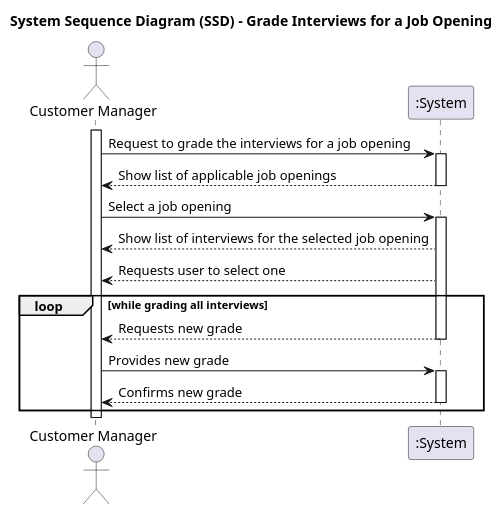
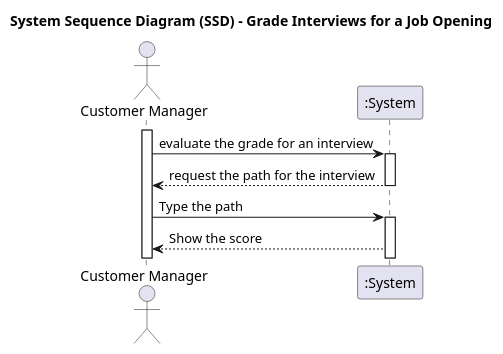
Before and after one commit to marcoferreira37/Lapr4: the diagram in docs/sprintC/1018/puml/1018-system-sequence-diagram.puml, drawn with PlantUML. The commit also changed 1 other file, not shown here.

Commit message:
#43 add system sequence diagram and svg

```diff
--- a/docs/sprintC/1018/puml/1018-system-sequence-diagram.puml
+++ b/docs/sprintC/1018/puml/1018-system-sequence-diagram.puml
@@ -1,44 +1,26 @@
 @startuml
 'skinparam monochrome true
 'skinparam packageStyle rectangle
 'skinparam shadowing false
 
 title System Sequence Diagram (SSD) - Grade Interviews for a Job Opening
 
 actor "Customer Manager" as Agent
 participant ":System" as System
 
 activate Agent
 
-Agent -> System : Request to grade the interviews for a job opening
+Agent -> System : evaluate the grade for an interview
 activate System
 
-System --> Agent: Show list of applicable job openings
+System --> Agent: request the path for the interview
 deactivate
 
-Agent -> System : Select a job opening
+Agent -> System : Type the path
 activate System
 
-System --> Agent : Show list of interviews for the selected job opening
-System --> Agent : Requests user to select one
+System --> Agent : Show the score
 
 
 
-loop while grading all interviews
-
-System --> Agent : Requests new grade
-
-deactivate
-Agent -> System : Provides new grade
-
-activate System
-
-System --> Agent  : Confirms new grade
-
-deactivate System
-
-end loop
-
-deactivate Agent
-
 @enduml
```
